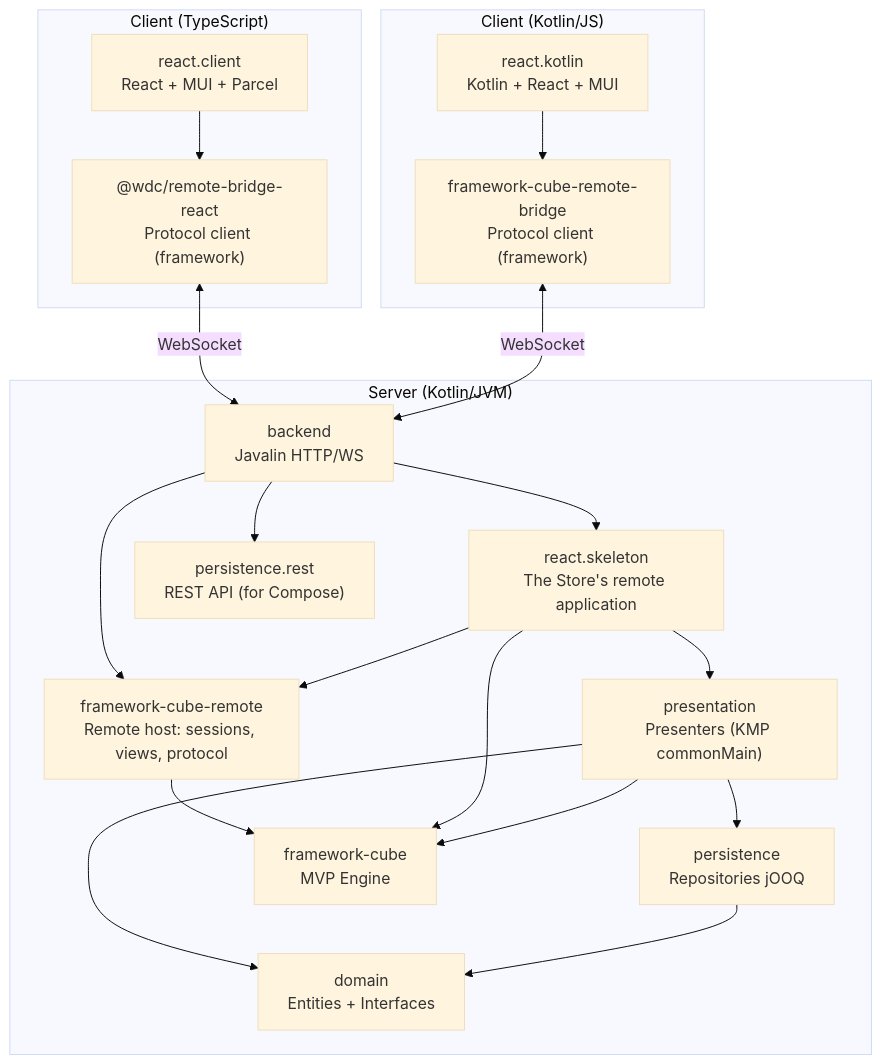
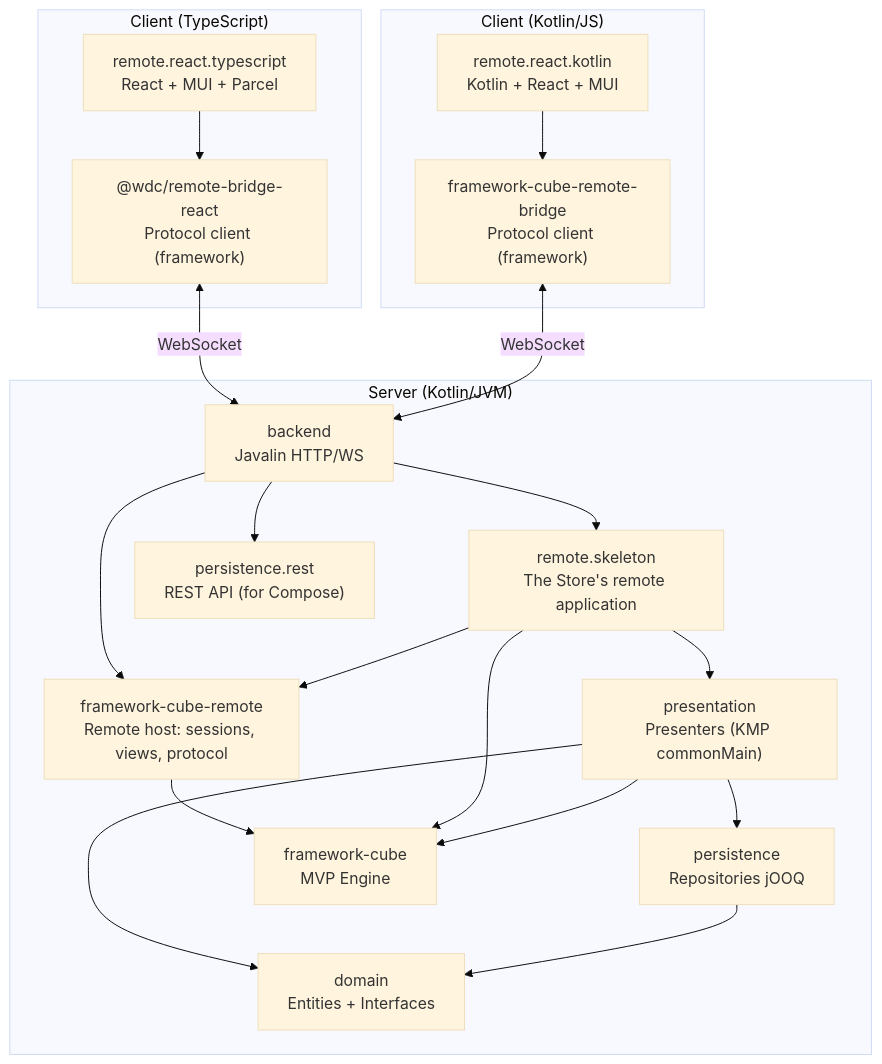
The third of 9 diagrams in docs/architecture-react.md (mrcdom/wdc-cube-kotlin), drawn with Mermaid (base theme) before and after one commit. The commit also changed other lines of this file and 137 other files, not shown here.

First line of the commit message:
refactor(remote): the remote view's projects are named for what they are, not for React

````diff
--- a/docs/architecture-react.md
+++ b/docs/architecture-react.md
@@ -87,39 +87,39 @@
 ```mermaid
 graph TB
     subgraph "Client (TypeScript)"
-        RC["react.client<br/>React + MUI + Parcel"]
+        RC["remote.react.typescript<br/>React + MUI + Parcel"]
         BRG["@wdc/remote-bridge-react<br/>Protocol client (framework)"]
     end
 
     subgraph "Client (Kotlin/JS)"
-        RK["react.kotlin<br/>Kotlin + React + MUI"]
+        RK["remote.react.kotlin<br/>Kotlin + React + MUI"]
         BRK["framework-cube-remote-bridge<br/>Protocol client (framework)"]
     end
 
     subgraph "Server (Kotlin/JVM)"
         BACK["backend<br/>Javalin HTTP/WS"]
-        SKEL["react.skeleton<br/>The Store's remote application"]
+        SKEL["remote.skeleton<br/>The Store's remote application"]
         FCR["framework-cube-remote<br/>Remote host: sessions, views, protocol"]
         PRES["presentation<br/>Presenters (KMP commonMain)"]
         PERS["persistence<br/>Repositories jOOQ"]
         PERSR["persistence.rest<br/>REST API (for Compose)"]
         DOM["domain<br/>Entities + Interfaces"]
         CUBE["framework-cube<br/>MVP Engine"]
     end
 
     RC --> BRG
     BRG <-->|WebSocket| BACK
     RK --> BRK
     BRK <-->|WebSocket| BACK
     BACK --> SKEL
     BACK --> FCR
     SKEL --> FCR
     FCR --> CUBE
     BACK --> PERSR
     SKEL --> PRES
     PRES --> DOM
     PRES --> PERS
     PERS --> DOM
     SKEL --> CUBE
     PRES --> CUBE
 ```
````
